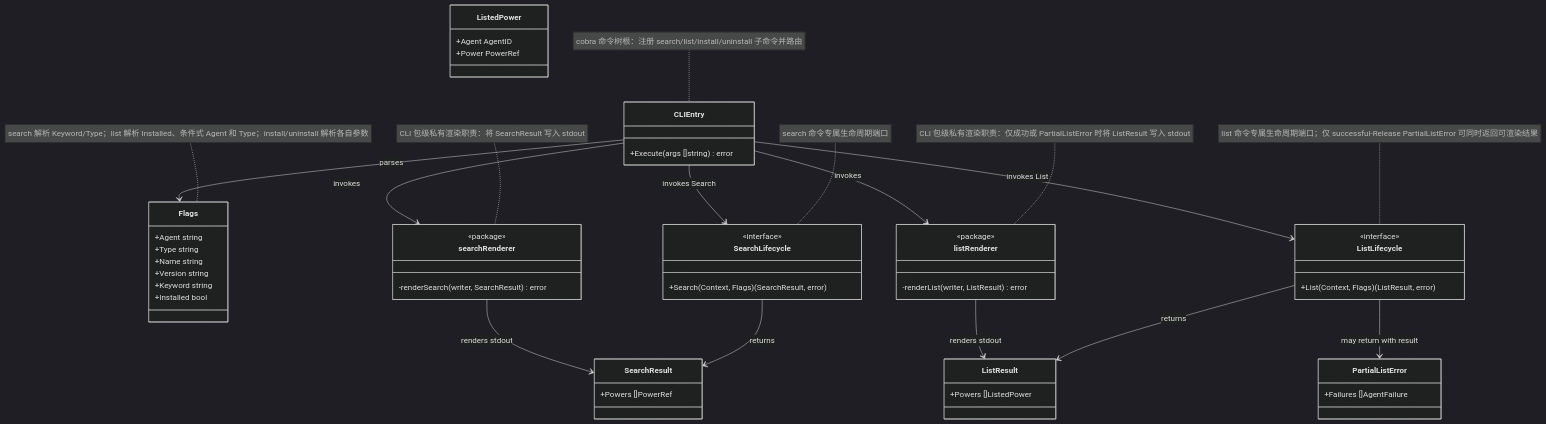
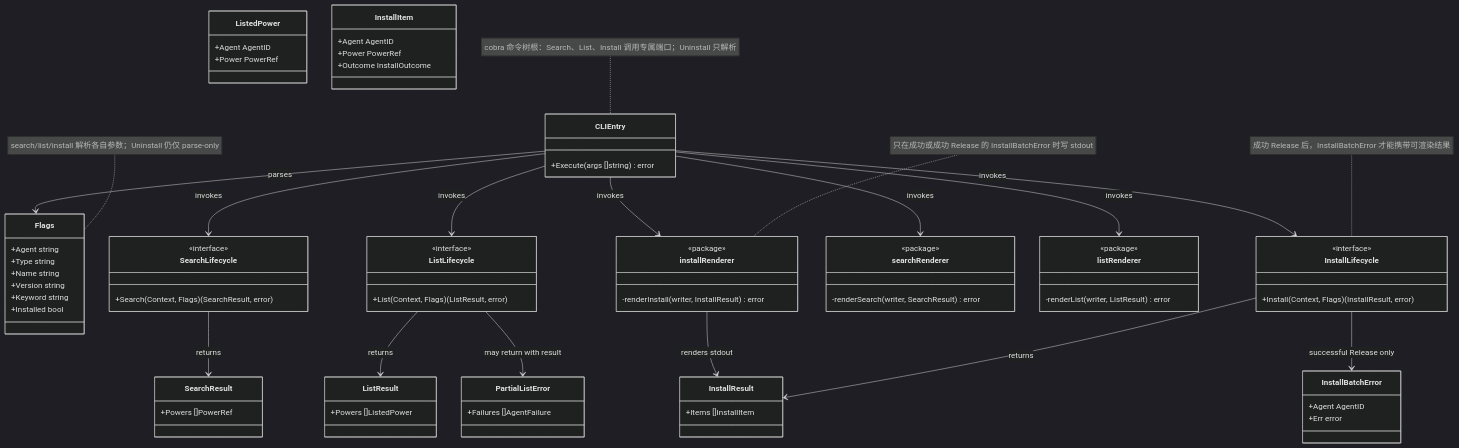
One commit to spacemit-com/agent-power-manager changed the diagram in ivory-tower/c4/components/apm-cli-diagrams/cli-entry.mmd. Above: the diagram before and after it, drawn with Mermaid (dark theme). The commit also changed 29 other files, not shown here.

Commit message:
docs(install): record lifecycle implementation

```diff
--- a/ivory-tower/c4/components/apm-cli-diagrams/cli-entry.mmd
+++ b/ivory-tower/c4/components/apm-cli-diagrams/cli-entry.mmd
@@ -1,67 +1,81 @@
 classDiagram
-    note for Flags "search 解析 Keyword/Type；list 解析 Installed、条件式 Agent 和 Type；install/uninstall 解析各自参数"
+    note for Flags "search/list/install 解析各自参数；Uninstall 仍仅 parse-only"
     class Flags {
         +Agent string
         +Type string
         +Name string
         +Version string
         +Keyword string
         +Installed bool
     }
 
     class SearchResult {
         +Powers []PowerRef
     }
-
     class ListedPower {
         +Agent AgentID
         +Power PowerRef
     }
-
     class ListResult {
         +Powers []ListedPower
     }
-
     class PartialListError {
         +Failures []AgentFailure
     }
+    class InstallItem {
+        +Agent AgentID
+        +Power PowerRef
+        +Outcome InstallOutcome
+    }
+    class InstallResult {
+        +Items []InstallItem
+    }
+    class InstallBatchError {
+        +Agent AgentID
+        +Err error
+    }
 
-    note for CLIEntry "cobra 命令树根：注册 search/list/install/uninstall 子命令并路由"
+    note for CLIEntry "cobra 命令树根：Search、List、Install 调用专属端口；Uninstall 只解析"
     class CLIEntry {
         +Execute(args []string) error
     }
-
-    note for searchRenderer "CLI 包级私有渲染职责：将 SearchResult 写入 stdout"
+    class SearchLifecycle {
+        <<interface>>
+        +Search(Context, Flags) (SearchResult, error)
+    }
+    class ListLifecycle {
+        <<interface>>
+        +List(Context, Flags) (ListResult, error)
+    }
+    note for InstallLifecycle "成功 Release 后，InstallBatchError 才能携带可渲染结果"
+    class InstallLifecycle {
+        <<interface>>
+        +Install(Context, Flags) (InstallResult, error)
+    }
     class searchRenderer {
         <<package>>
         -renderSearch(writer, SearchResult) error
     }
-
-    note for listRenderer "CLI 包级私有渲染职责：仅成功或 PartialListError 时将 ListResult 写入 stdout"
     class listRenderer {
         <<package>>
         -renderList(writer, ListResult) error
     }
-
-    note for SearchLifecycle "search 命令专属生命周期端口"
-    class SearchLifecycle {
-        <<interface>>
-        +Search(Context, Flags) (SearchResult, error)
-    }
-
-    note for ListLifecycle "list 命令专属生命周期端口；仅 successful-Release PartialListError 可同时返回可渲染结果"
-    class ListLifecycle {
-        <<interface>>
-        +List(Context, Flags) (ListResult, error)
+    note for installRenderer "只在成功或成功 Release 的 InstallBatchError 时写 stdout"
+    class installRenderer {
+        <<package>>
+        -renderInstall(writer, InstallResult) error
     }
 
     CLIEntry --> Flags : parses
-    CLIEntry --> SearchLifecycle : invokes Search
+    CLIEntry --> SearchLifecycle : invokes
     SearchLifecycle --> SearchResult : returns
     CLIEntry --> searchRenderer : invokes
-    searchRenderer --> SearchResult : renders stdout
-    CLIEntry --> ListLifecycle : invokes List
+    CLIEntry --> ListLifecycle : invokes
     ListLifecycle --> ListResult : returns
     ListLifecycle --> PartialListError : may return with result
     CLIEntry --> listRenderer : invokes
-    listRenderer --> ListResult : renders stdout
+    CLIEntry --> InstallLifecycle : invokes
+    InstallLifecycle --> InstallResult : returns
+    InstallLifecycle --> InstallBatchError : successful Release only
+    CLIEntry --> installRenderer : invokes
+    installRenderer --> InstallResult : renders stdout
```
